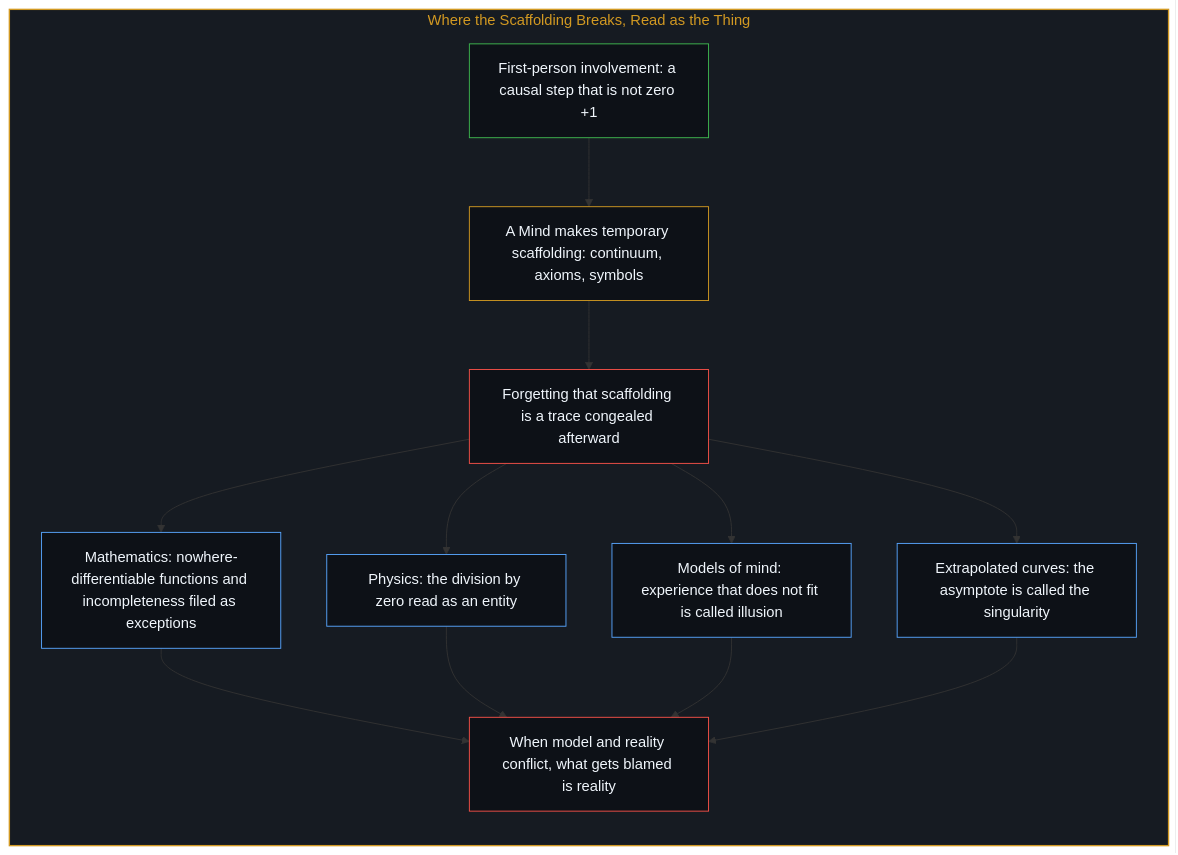
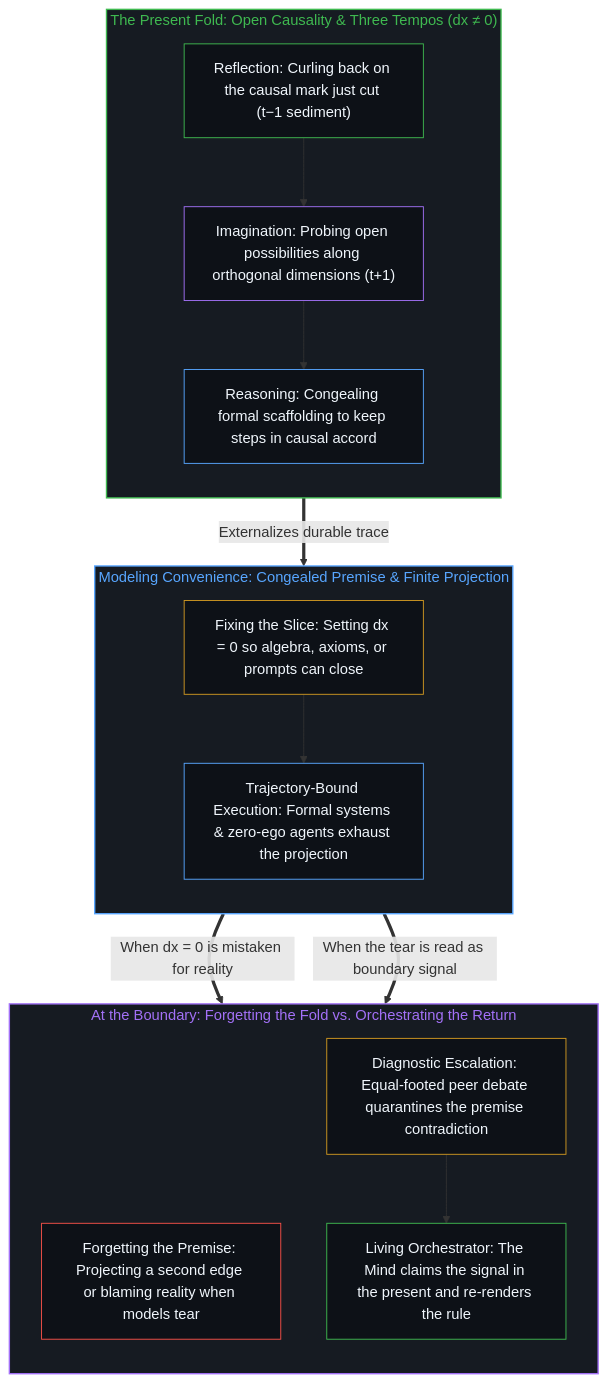
The second of 2 diagrams in content/posts/the-continuum-is-a-modeling-convenience.md (powerpig99/not-a-toe), drawn with Mermaid before and after one commit. The commit also changed other lines of this file and 1 other file, not shown here.

Commit message:
Refine L2 #144: the-continuum-is-a-modeling-convenience (Wave 3)

````diff
--- a/content/posts/the-continuum-is-a-modeling-convenience.md
+++ b/content/posts/the-continuum-is-a-modeling-convenience.md
@@ -104,34 +145,41 @@
 ```mermaid
 flowchart TD
-    subgraph S_Scaffold["Where the Scaffolding Breaks, Read as the Thing"]
+    subgraph S_Fold["The Present Fold: Open Causality & Three Tempos (dx ≠ 0)"]
         direction TB
-        Act["First-person involvement: a causal step that is not zero +1"]
-        Tool["A Mind makes temporary scaffolding: continuum, axioms, symbols"]
-        Forget["Forgetting that scaffolding is a trace congealed afterward"]
-        Math["Mathematics: nowhere-differentiable functions and incompleteness filed as exceptions"]
-        Physics["Physics: the division by zero read as an entity"]
-        MindModel["Models of mind: experience that does not fit is called illusion"]
-        Curve["Extrapolated curves: the asymptote is called the singularity"]
-        Blame["When model and reality conflict, what gets blamed is reality"]
-        Act --> Tool
-        Tool --> Forget
-        Forget --> Math
-        Forget --> Physics
-        Forget --> MindModel
-        Forget --> Curve
-        Math --> Blame
-        Physics --> Blame
-        MindModel --> Blame
-        Curve --> Blame
+        Reflect["Reflection: Curling back on the causal mark just cut (t−1 sediment)"]
+        Imagine["Imagination: Probing open possibilities along orthogonal dimensions (t+1)"]
+        Reason["Reasoning: Congealing formal scaffolding to keep steps in causal accord"]
+        Reflect --> Imagine --> Reason
     end
 
-    style S_Scaffold fill:#161b22,stroke:#d29922,stroke-width:1.5px,color:#d29922
-    style Act fill:#0d1117,stroke:#3fb950,stroke-width:1px,color:#f0f6fc
-    style Tool fill:#0d1117,stroke:#d29922,stroke-width:1px,color:#f0f6fc
+    subgraph S_Proj["Modeling Convenience: Congealed Premise & Finite Projection"]
+        direction TB
+        Given["Fixing the Slice: Setting dx = 0 so algebra, axioms, or prompts can close"]
+        Agent["Trajectory-Bound Execution: Formal systems & zero-ego agents exhaust the projection"]
+        Given --> Agent
+    end
+
+    subgraph S_Split["At the Boundary: Forgetting the Fold vs. Orchestrating the Return"]
+        direction TB
+        Forget["Forgetting the Premise: Projecting a second edge or blaming reality when models tear"]
+        Deadlock["Diagnostic Escalation: Equal-footed peer debate quarantines the premise contradiction"]
+        Steer["Living Orchestrator: The Mind claims the signal in the present and re-renders the rule"]
+        Deadlock --> Steer
+    end
+
+    Reason ==>|"Externalizes durable trace"| Given
+    Agent ==>|"When dx = 0 is mistaken for reality"| Forget
+    Agent ==>|"When the tear is read as boundary signal"| Deadlock
+
+    style S_Fold fill:#161b22,stroke:#3fb950,stroke-width:1.5px,color:#3fb950
+    style S_Proj fill:#161b22,stroke:#58a6ff,stroke-width:1.5px,color:#58a6ff
+    style S_Split fill:#161b22,stroke:#a371f7,stroke-width:1.5px,color:#a371f7
+    style Reflect fill:#0d1117,stroke:#3fb950,stroke-width:1px,color:#f0f6fc
+    style Imagine fill:#0d1117,stroke:#a371f7,stroke-width:1px,color:#f0f6fc
+    style Reason fill:#0d1117,stroke:#58a6ff,stroke-width:1px,color:#f0f6fc
+    style Given fill:#0d1117,stroke:#d29922,stroke-width:1px,color:#f0f6fc
+    style Agent fill:#0d1117,stroke:#58a6ff,stroke-width:1px,color:#f0f6fc
     style Forget fill:#0d1117,stroke:#f85149,stroke-width:1px,color:#f0f6fc
-    style Math fill:#0d1117,stroke:#58a6ff,stroke-width:1px,color:#f0f6fc
-    style Physics fill:#0d1117,stroke:#58a6ff,stroke-width:1px,color:#f0f6fc
-    style MindModel fill:#0d1117,stroke:#58a6ff,stroke-width:1px,color:#f0f6fc
-    style Curve fill:#0d1117,stroke:#58a6ff,stroke-width:1px,color:#f0f6fc
-    style Blame fill:#0d1117,stroke:#f85149,stroke-width:1px,color:#f0f6fc
+    style Deadlock fill:#0d1117,stroke:#d29922,stroke-width:1px,color:#f0f6fc
+    style Steer fill:#0d1117,stroke:#3fb950,stroke-width:1px,color:#f0f6fc
 ```
````
